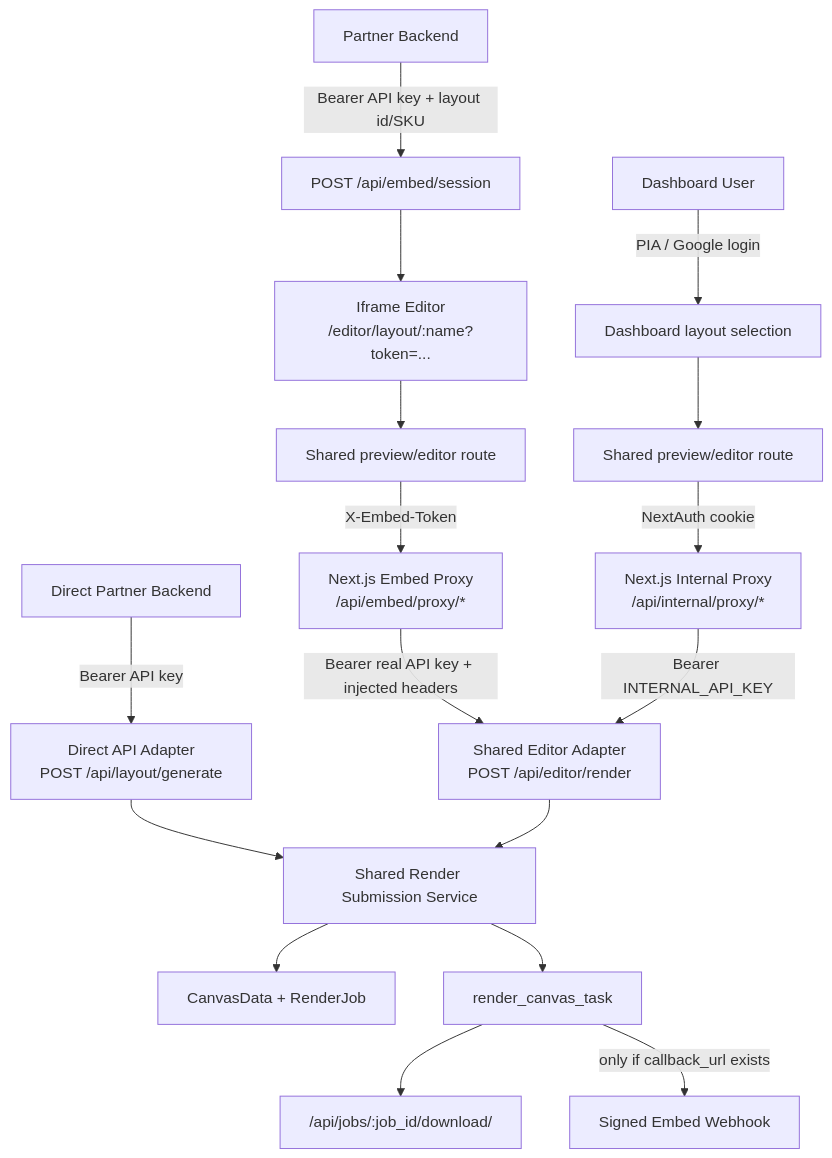
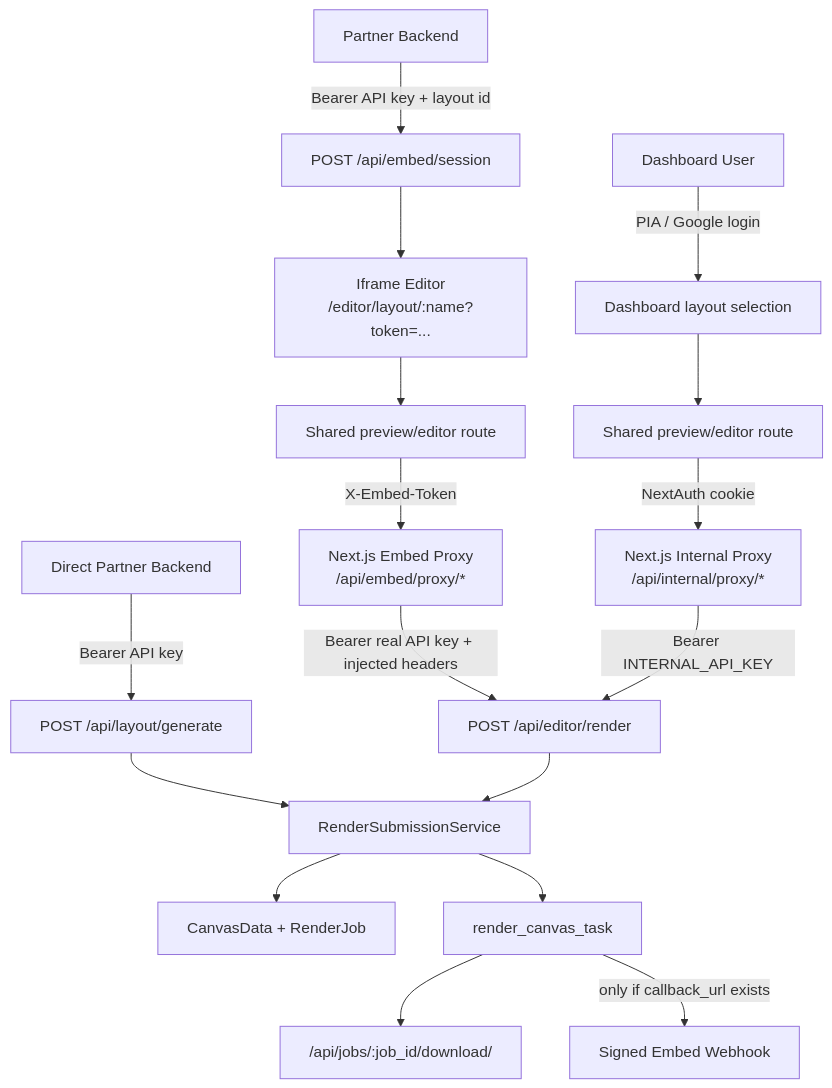
Before and after one commit to printo/product-editor: the diagram in CLAUDE.md, drawn with Mermaid. The commit also changed other lines of this file and 6 other files, not shown here.

````diff
--- a/CLAUDE.md
+++ b/CLAUDE.md
@@ -361,19 +242,19 @@
 ```mermaid
 flowchart TD
   DashboardUser["Dashboard User"] -->|PIA / Google login| Dashboard["Dashboard layout selection"]
   Dashboard --> EditorPageA["Shared preview/editor route"]
-  DirectPartner["Direct Partner Backend"] -->|Bearer API key| GenerateLayout["Direct API Adapter\nPOST /api/layout/generate"]
-  PartnerBackend["Partner Backend"] -->|Bearer API key + layout id/SKU| EmbedSession["POST /api/embed/session"]
+  DirectPartner["Direct Partner Backend"] -->|Bearer API key| GenerateLayout["POST /api/layout/generate"]
+  PartnerBackend["Partner Backend"] -->|Bearer API key + layout id| EmbedSession["POST /api/embed/session"]
   EmbedSession --> Iframe["Iframe Editor\n/editor/layout/:name?token=..."]
   Iframe --> EditorPageB["Shared preview/editor route"]
   EditorPageB -->|X-Embed-Token| EmbedProxy["Next.js Embed Proxy\n/api/embed/proxy/*"]
-  EmbedProxy -->|Bearer real API key + injected headers| EditorRender["Shared Editor Adapter\nPOST /api/editor/render"]
+  EmbedProxy -->|Bearer real API key + injected headers| EditorRender["POST /api/editor/render"]
   EditorPageA -->|NextAuth cookie| InternalProxy["Next.js Internal Proxy\n/api/internal/proxy/*"]
   InternalProxy -->|Bearer INTERNAL_API_KEY| EditorRender
-  GenerateLayout --> RenderService["Shared Render Submission Service"]
+  GenerateLayout --> RenderService["RenderSubmissionService"]
   EditorRender --> RenderService
   RenderService --> CanvasData["CanvasData + RenderJob"]
   RenderService --> Celery["render_canvas_task"]
   Celery --> Download["/api/jobs/:job_id/download/"]
   Celery -->|only if callback_url exists| Webhook["Signed Embed Webhook"]
 ```
````
